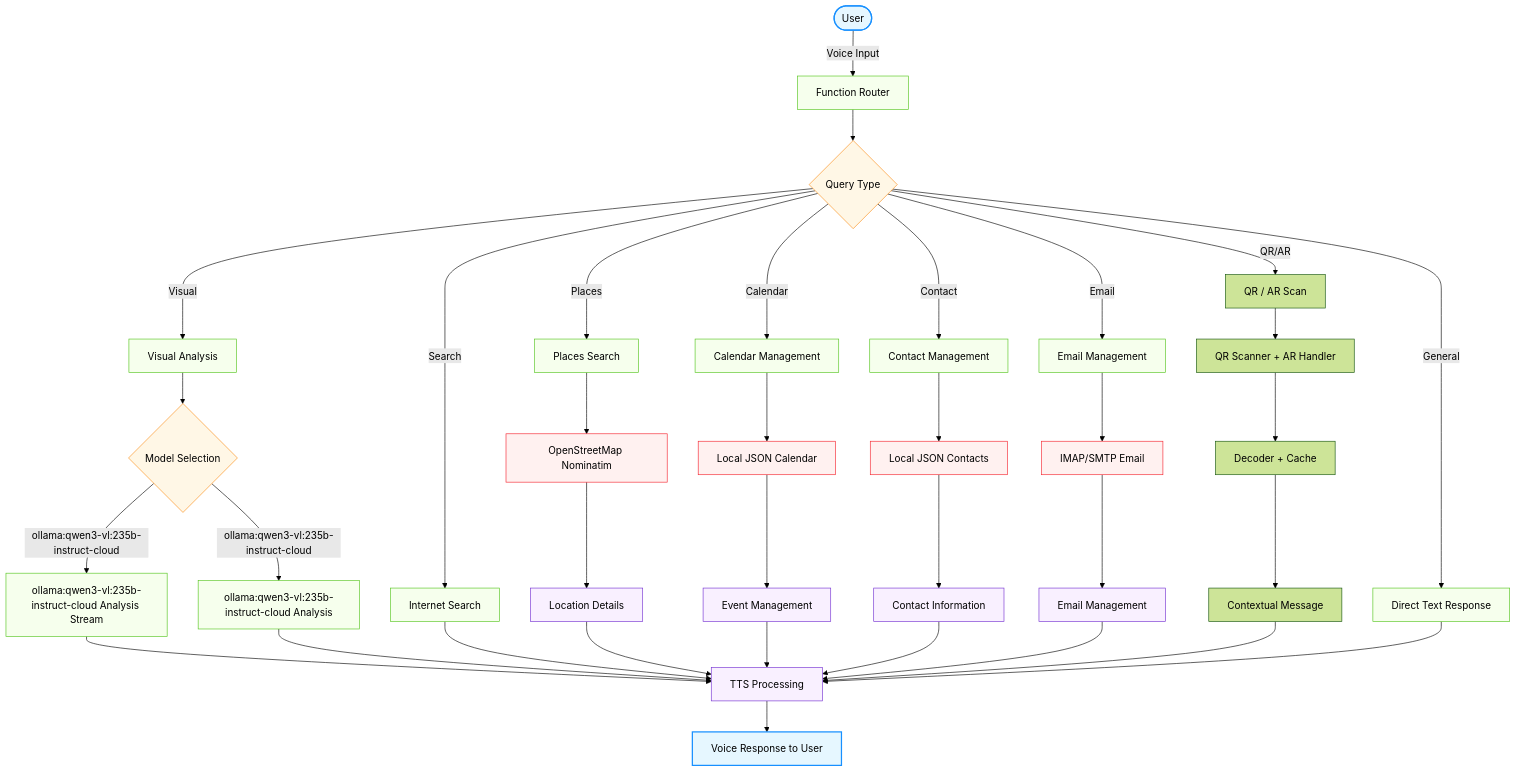
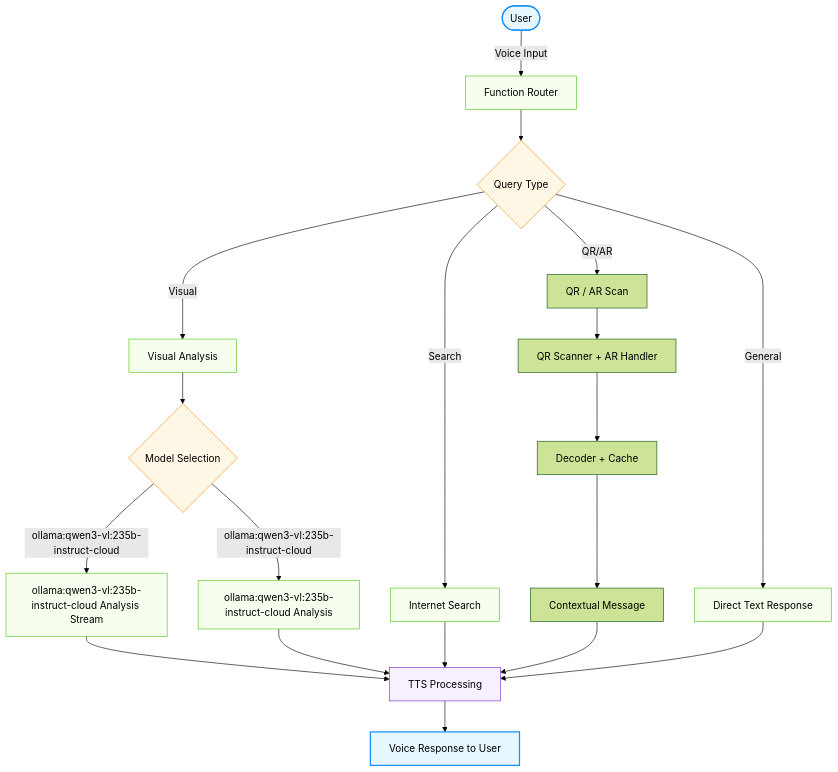
Before and after one commit to omshivarjun27/major-2: the diagram in README.md, drawn with Mermaid (forest theme). The commit also changed other lines of this file and 26 other files, not shown here.

First line of the commit message:
feat: replace all-MiniLM-L6-v2 with qwen3-embedding:4b, remove calendar/email/contact/places

````diff
--- a/README.md
+++ b/README.md
@@ -23,67 +23,42 @@
 ```mermaid
 graph TD
     %% Main flow - simplified
     User([User]) --> |"Voice Input"| Router["Function Router"]
     Router --> QueryType{"Query Type"}
     
     %% Simplified branches
     QueryType -->|"Visual"| VisualProcess["Visual Analysis"]
     QueryType -->|"Search"| SearchProcess["Internet Search"]
-    QueryType -->|"Places"| PlacesProcess["Places Search"]
-    QueryType -->|"Calendar"| CalendarProcess["Calendar Management"]
-    QueryType -->|"Contact"| ContactProcess["Contact Management"]
-    QueryType -->|"Email"| EmailProcess["Email Management"]
     QueryType -->|"QR/AR"| QRProcess["QR / AR Scan"]
     QueryType -->|"General"| TextProcess["Direct Text Response"]
     
     %% Simplified visual path
     VisualProcess --> ModelChoice{"Model Selection"}
     ModelChoice -->|"ollama:qwen3-vl:235b-instruct-cloud"| ollama:qwen3-vl:235b-instruct-cloudAnalysis["ollama:qwen3-vl:235b-instruct-cloud Analysis Stream"]
     ModelChoice -->|"ollama:qwen3-vl:235b-instruct-cloud"| ollama:qwen3-vl:235b-instruct-cloudAnalysis2["ollama:qwen3-vl:235b-instruct-cloud Analysis"]
-    
-    %% Places path
-    PlacesProcess --> OSMNominatim["OpenStreetMap Nominatim"]
-    OSMNominatim --> PlacesResults["Location Details"]
-    
-    %% Calendar path
-    CalendarProcess --> LocalCalendar["Local JSON Calendar"]
-    LocalCalendar --> CalendarResults["Event Management"]
-    
-    %% Contact path
-    ContactProcess --> LocalContacts["Local JSON Contacts"]
-    LocalContacts --> ContactResults["Contact Information"]
-    
-    %% Email path
-    EmailProcess --> IMAP["IMAP/SMTP Email"]
-    IMAP --> EmailResults["Email Management"]
     
     %% QR/AR path
     QRProcess --> QRScanner["QR Scanner + AR Handler"]
     QRScanner --> QRDecoder["Decoder + Cache"]
     QRDecoder --> QRResults["Contextual Message"]
     
     %% Output consolidation - simplified
     ollama:qwen3-vl:235b-instruct-cloudAnalysis --> Response["TTS Processing"]
     ollama:qwen3-vl:235b-instruct-cloudAnalysis2 --> Response
     SearchProcess --> Response
-    PlacesResults --> Response
-    CalendarResults --> Response
-    ContactResults --> Response
-    EmailResults --> Response
     QRResults --> Response
     TextProcess --> Response
     Response --> Deliver["Voice Response to User"]
     
     %% Styling
     classDef interface fill:#e6f7ff,stroke:#1890ff,stroke-width:2px
     classDef process fill:#f6ffed,stroke:#52c41a,stroke-width:1px
     classDef decision fill:#fff7e6,stroke:#fa8c16,stroke-width:1px
     classDef output fill:#f9f0ff,stroke:#722ed1,stroke-width:1px
     classDef api fill:#fff1f0,stroke:#f5222d,stroke-width:1px
     
     class User,Deliver interface
-    class Router,VisualProcess,ollama:qwen3-vl:235b-instruct-cloudAnalysis,ollama:qwen3-vl:235b-instruct-cloudAnalysis2,SearchProcess,TextProcess,PlacesProcess,CalendarProcess,ContactProcess,EmailProcess process
+    class Router,VisualProcess,ollama:qwen3-vl:235b-instruct-cloudAnalysis,ollama:qwen3-vl:235b-instruct-cloudAnalysis2,SearchProcess,TextProcess process
     class QueryType,ModelChoice decision
-    class Response,PlacesResults,CalendarResults,ContactResults,EmailResults output
-    class OSMNominatim,LocalCalendar,LocalContacts,IMAP api
+    class Response output
 ```
````
